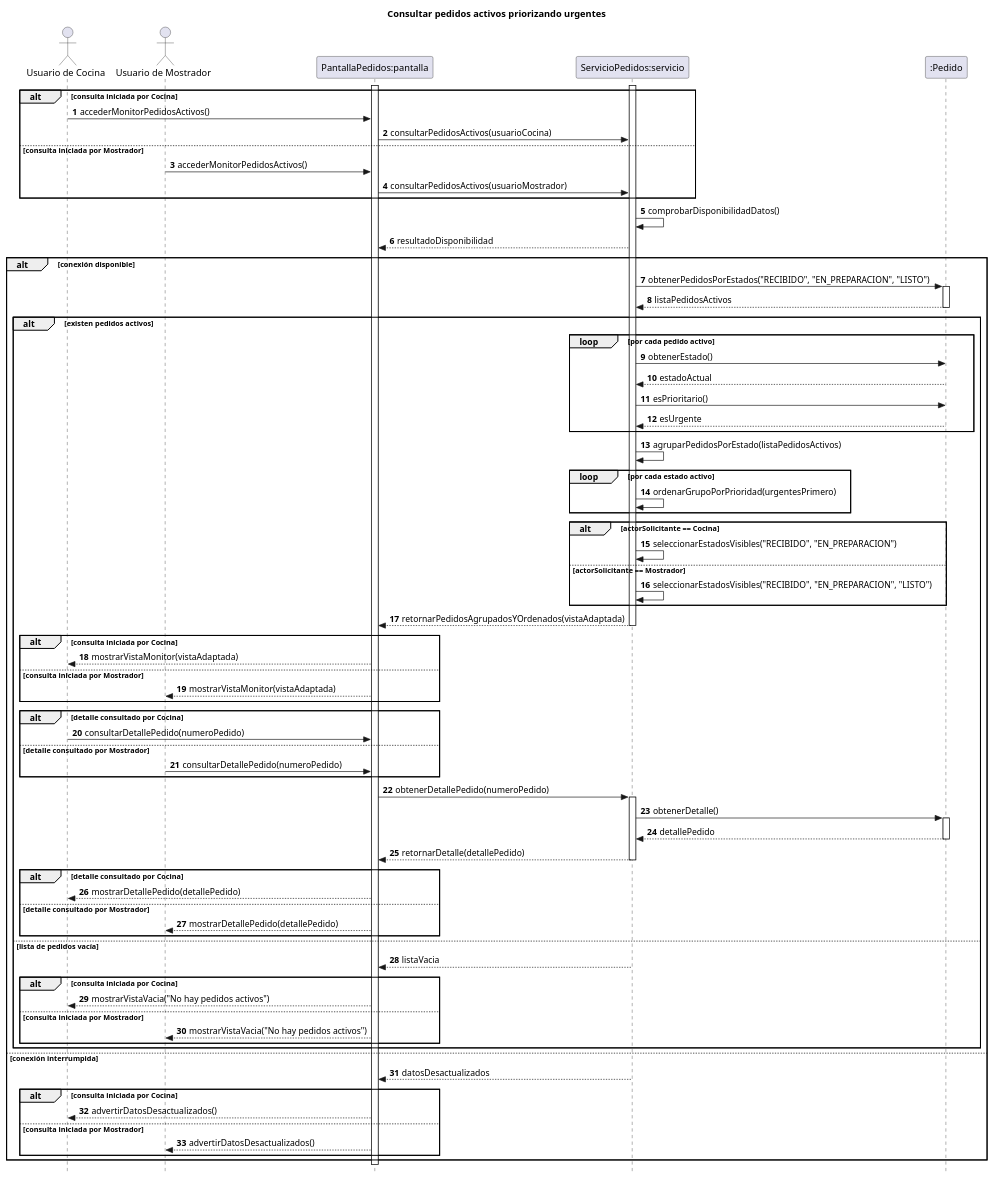
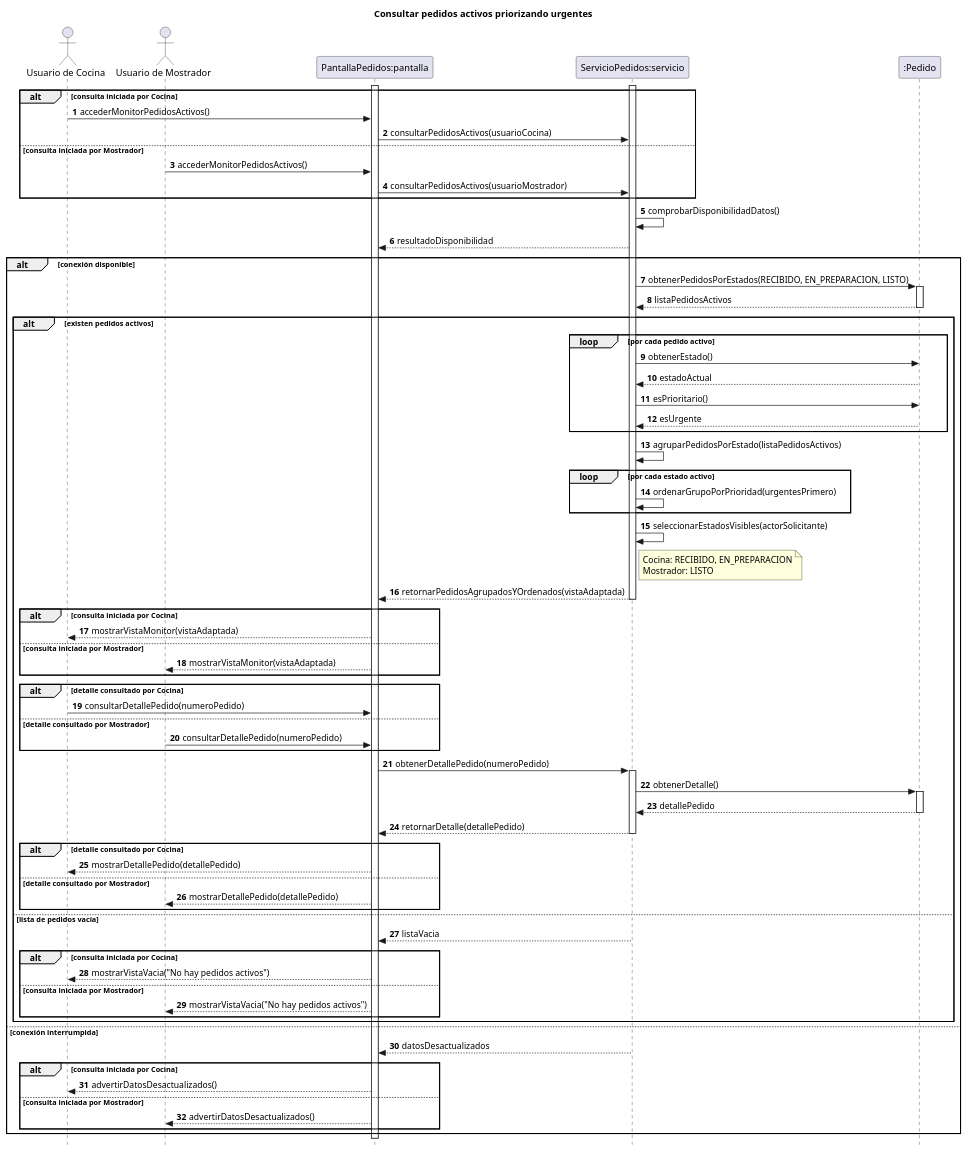
Before and after one commit to eloeyhe/SistemaPedidos: the diagram in diagramas/05-diagramas-secuencia/05-secuencia-consultar-pedidos-activos-prioridad-urgentes-05.puml, drawn with PlantUML. The commit also changed 28 other files, not shown here.

First line of the commit message:
Unifico CU5 y los contratos de CU2, CU3 y CU4 y actualizo el diagrama final segun RC4 y RC18 a RC23

```diff
--- a/diagramas/05-diagramas-secuencia/05-secuencia-consultar-pedidos-activos-prioridad-urgentes-05.puml
+++ b/diagramas/05-diagramas-secuencia/05-secuencia-consultar-pedidos-activos-prioridad-urgentes-05.puml
@@ -1,102 +1,102 @@
 @startuml
 title Consultar pedidos activos priorizando urgentes
 
 autonumber
 skinparam style strictuml
 hide footbox
 
 actor "Usuario de Cocina" as usuarioCocina
 actor "Usuario de Mostrador" as usuarioMostrador
 participant "PantallaPedidos:pantalla" as pantalla
 participant "ServicioPedidos:servicio" as servicio
 participant ":Pedido" as pedido
 
 activate pantalla
 alt consulta iniciada por Cocina
     usuarioCocina -> pantalla : accederMonitorPedidosActivos()
     pantalla -> servicio : consultarPedidosActivos(usuarioCocina)
 else consulta iniciada por Mostrador
     usuarioMostrador -> pantalla : accederMonitorPedidosActivos()
     pantalla -> servicio : consultarPedidosActivos(usuarioMostrador)
 end
 
 activate servicio
 servicio -> servicio : comprobarDisponibilidadDatos()
 servicio --> pantalla : resultadoDisponibilidad
 
 alt conexión disponible
-    servicio -> pedido : obtenerPedidosPorEstados("RECIBIDO", "EN_PREPARACION", "LISTO")
+    servicio -> pedido : obtenerPedidosPorEstados(RECIBIDO, EN_PREPARACION, LISTO)
     activate pedido
     pedido --> servicio : listaPedidosActivos
     deactivate pedido
 
     alt existen pedidos activos
         loop por cada pedido activo
             servicio -> pedido : obtenerEstado()
             pedido --> servicio : estadoActual
             servicio -> pedido : esPrioritario()
             pedido --> servicio : esUrgente
         end
 
         servicio -> servicio : agruparPedidosPorEstado(listaPedidosActivos)
         loop por cada estado activo
             servicio -> servicio : ordenarGrupoPorPrioridad(urgentesPrimero)
         end
 
-        alt actorSolicitante == Cocina
-            servicio -> servicio : seleccionarEstadosVisibles("RECIBIDO", "EN_PREPARACION")
-        else actorSolicitante == Mostrador
-            servicio -> servicio : seleccionarEstadosVisibles("RECIBIDO", "EN_PREPARACION", "LISTO")
-        end
+        servicio -> servicio : seleccionarEstadosVisibles(actorSolicitante)
+        note right of servicio
+          Cocina: RECIBIDO, EN_PREPARACION
+          Mostrador: LISTO
+        end note
 
         servicio --> pantalla : retornarPedidosAgrupadosYOrdenados(vistaAdaptada)
         deactivate servicio
 
         alt consulta iniciada por Cocina
             pantalla --> usuarioCocina : mostrarVistaMonitor(vistaAdaptada)
         else consulta iniciada por Mostrador
             pantalla --> usuarioMostrador : mostrarVistaMonitor(vistaAdaptada)
         end
 
         alt detalle consultado por Cocina
             usuarioCocina -> pantalla : consultarDetallePedido(numeroPedido)
         else detalle consultado por Mostrador
             usuarioMostrador -> pantalla : consultarDetallePedido(numeroPedido)
         end
         pantalla -> servicio : obtenerDetallePedido(numeroPedido)
         activate servicio
 
         servicio -> pedido : obtenerDetalle()
         activate pedido
         pedido --> servicio : detallePedido
         deactivate pedido
 
         servicio --> pantalla : retornarDetalle(detallePedido)
         deactivate servicio
 
         alt detalle consultado por Cocina
             pantalla --> usuarioCocina : mostrarDetallePedido(detallePedido)
         else detalle consultado por Mostrador
             pantalla --> usuarioMostrador : mostrarDetallePedido(detallePedido)
         end
     else lista de pedidos vacía
         servicio --> pantalla : listaVacia
         deactivate servicio
         alt consulta iniciada por Cocina
             pantalla --> usuarioCocina : mostrarVistaVacia("No hay pedidos activos")
         else consulta iniciada por Mostrador
             pantalla --> usuarioMostrador : mostrarVistaVacia("No hay pedidos activos")
         end
     end
 else conexión interrumpida
     servicio --> pantalla : datosDesactualizados
     deactivate servicio
     alt consulta iniciada por Cocina
         pantalla --> usuarioCocina : advertirDatosDesactualizados()
     else consulta iniciada por Mostrador
         pantalla --> usuarioMostrador : advertirDatosDesactualizados()
     end
 end
 deactivate pantalla
 
 @enduml
```
